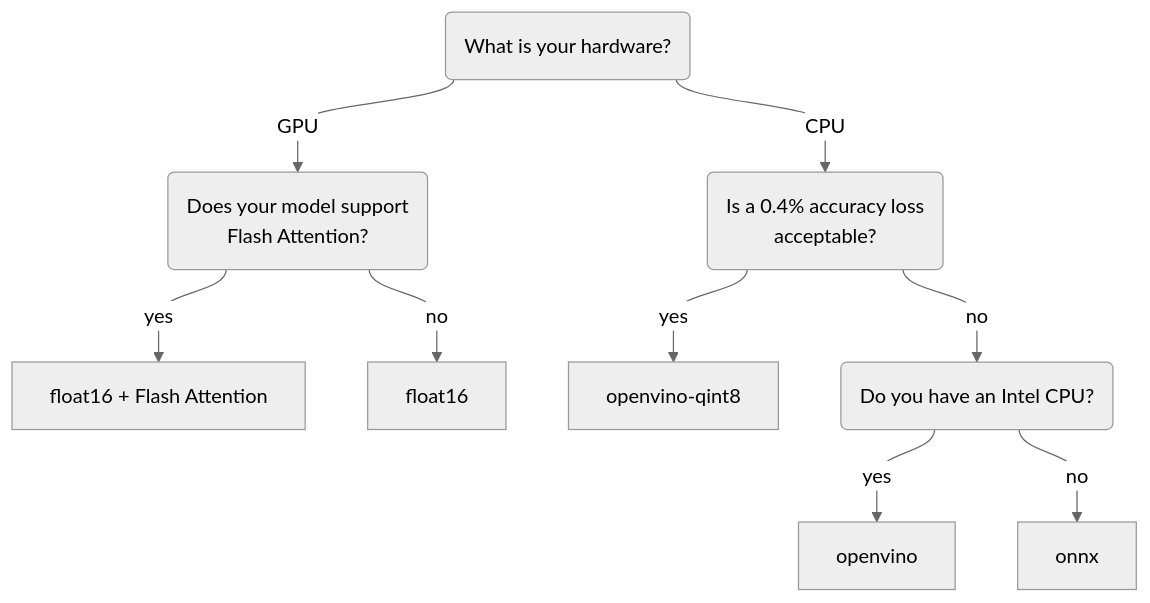
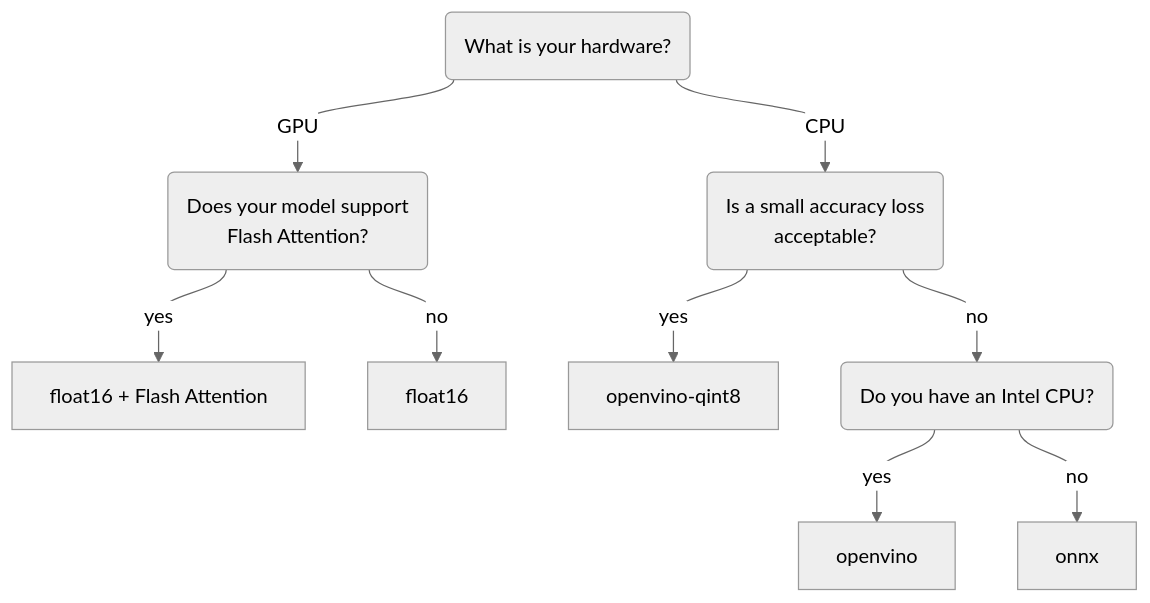
One commit to huggingface/sentence-transformers changed the diagram in docs/sentence_transformer/usage/efficiency.rst. Above: the diagram before and after it, drawn with Mermaid. The commit also changed other lines of this file and 15 other files, not shown here.

```diff
--- a/docs/sentence_transformer/usage/efficiency.rst
+++ b/docs/sentence_transformer/usage/efficiency.rst
@@ -673,22 +706,22 @@
 .. mermaid::
    
    %%{init: {
       "theme": "neutral",
       "flowchart": {
          "curve": "bumpY"
       }
    }}%%
    graph TD
    A("What is your hardware?") -->|GPU| B("Does your model support<br>Flash Attention?")
-   A -->|CPU| C("Is a 0.4% accuracy loss<br>acceptable?")
+   A -->|CPU| C("Is a small accuracy loss<br>acceptable?")
    B -->|yes| K["float16 + Flash Attention"]
    B -->|no| F[float16]
    C -->|yes| G[openvino-qint8]
    C -->|no| H("Do you have an Intel CPU?")
    H -->|yes| I[openvino]
    H -->|no| J[onnx]
    click K "#pytorch"
    click F "#pytorch"
    click G "#quantizing-openvino-models"
    click I "#openvino"
    click J "#onnx"
```
